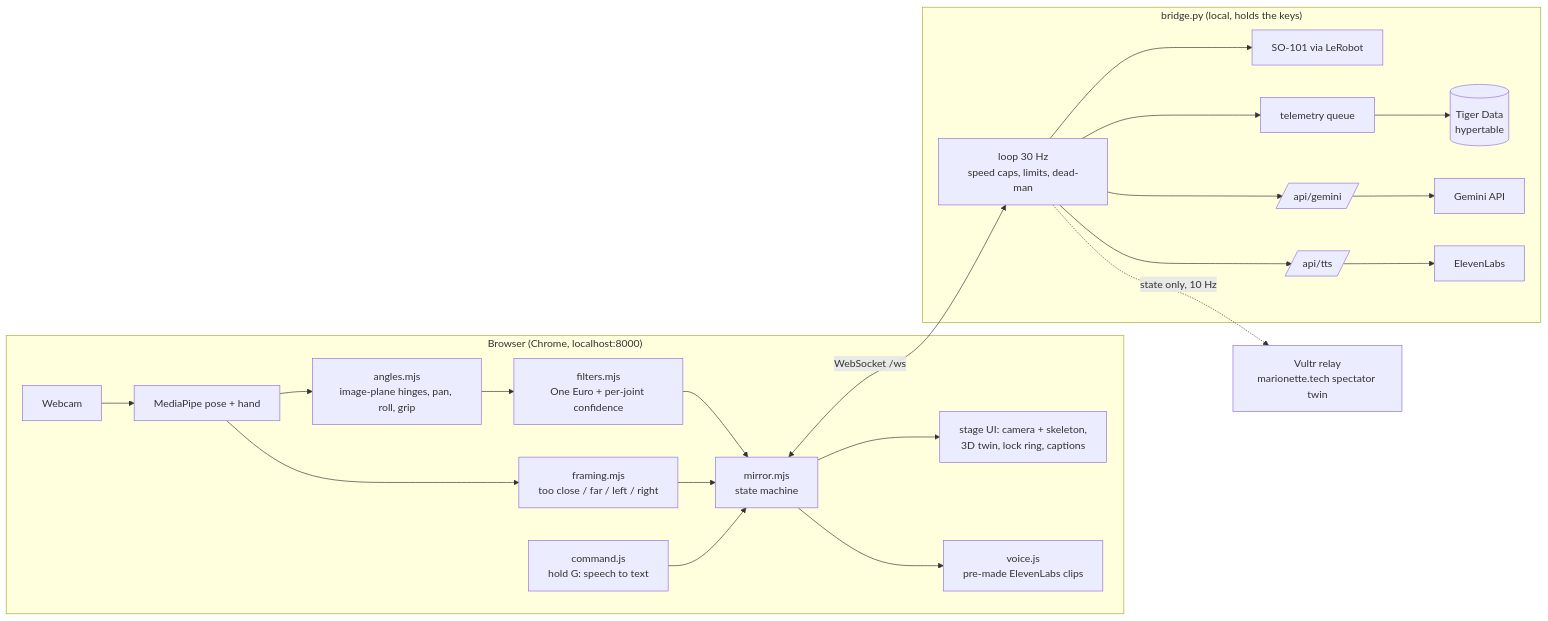
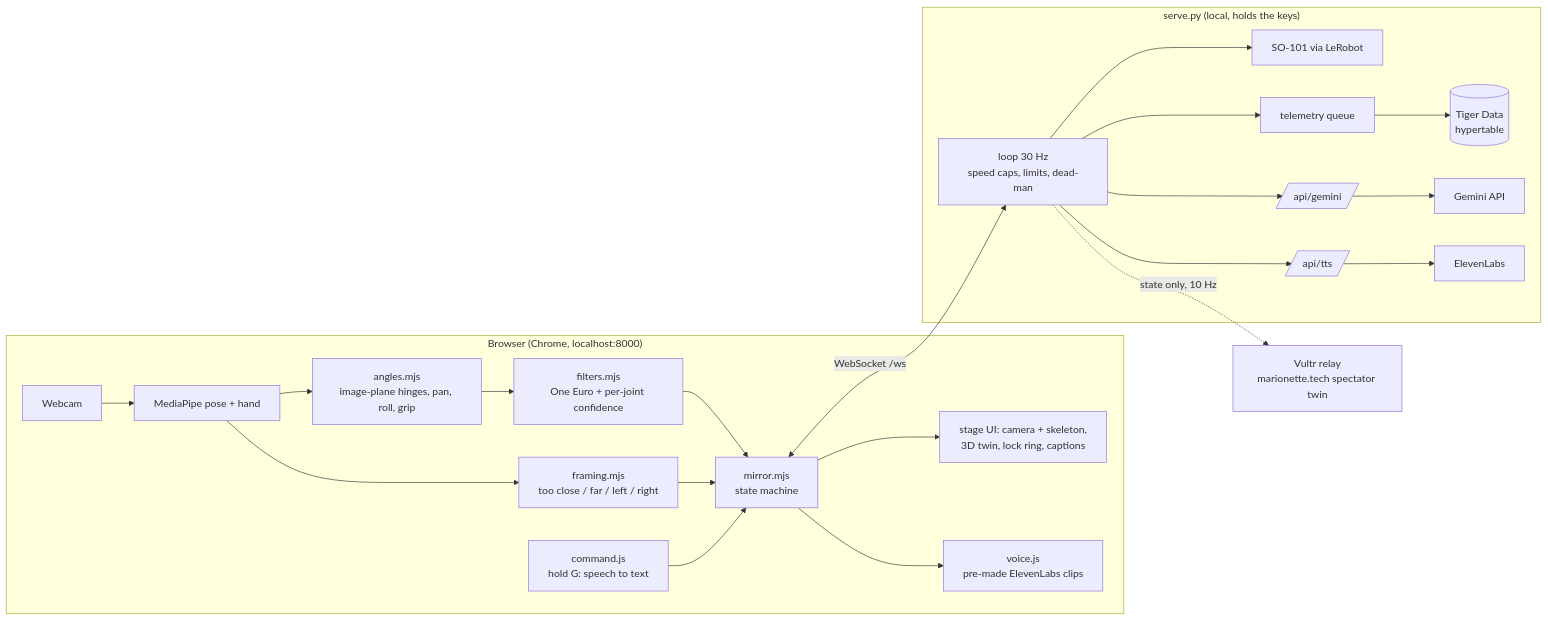
One commit to Im-ma/Teleoperation-Arm changed the diagram in docs/ARCHITECTURE.md. Above: the diagram before and after it, drawn with Mermaid. The commit also changed other lines of this file and 22 other files, not shown here.

````diff
--- a/docs/ARCHITECTURE.md
+++ b/docs/ARCHITECTURE.md
@@ -9,22 +9,22 @@
 ```mermaid
 flowchart LR
   subgraph Browser["Browser (Chrome, localhost:8000)"]
     CAM[Webcam] --> MP[MediaPipe pose + hand]
     MP --> FEAT[angles.mjs<br/>image-plane hinges, pan, roll, grip]
     FEAT --> FILT[filters.mjs<br/>One Euro + per-joint confidence]
     MP --> FRAME[framing.mjs<br/>too close / far / left / right]
     FILT --> SM[mirror.mjs<br/>state machine]
     FRAME --> SM
     SM --> UI[stage UI: camera + skeleton,<br/>3D twin, lock ring, captions]
     SM --> VOICE[voice.js<br/>pre-made ElevenLabs clips]
     CMD[command.js<br/>hold G: speech to text] --> SM
   end
   SM <-- WebSocket /ws --> BR
-  subgraph Laptop["bridge.py (local, holds the keys)"]
+  subgraph Laptop["serve.py (local, holds the keys)"]
     BR[loop 30 Hz<br/>speed caps, limits, dead-man] --> ROBOT[SO-101 via LeRobot]
     BR --> TQ[telemetry queue] --> TIGER[(Tiger Data<br/>hypertable)]
     BR --> GEM[/api/gemini/] --> GAPI[Gemini API]
     BR --> TTS[/api/tts/] --> EL[ElevenLabs]
   end
   BR -. state only, 10 Hz .-> VULTR[Vultr relay<br/>marionette.tech spectator twin]
 ```
````
